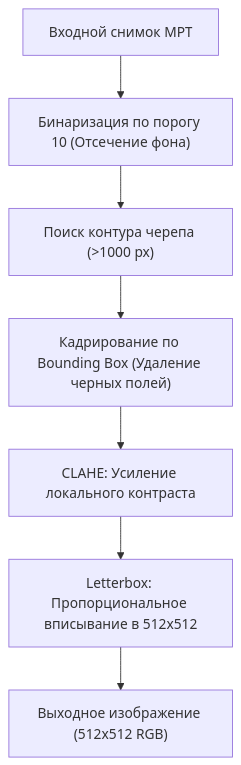
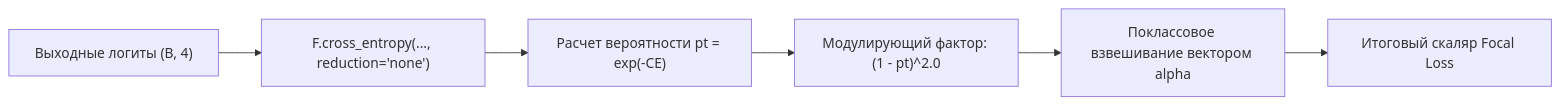
The fifth of 7 diagrams in README.md (marklemesev-spec/mri-brain-tumors), drawn with Mermaid before and after one commit. The commit also changed other lines of this file, not shown here.

````diff
--- a/README.md
+++ b/README.md
@@ -161,9 +233,8 @@
 ```mermaid
-flowchart TD
-    A["Входной снимок МРТ"] --> B["Бинаризация по порогу 10 (Отсечение фона)"]
-    B --> C["Поиск контура черепа (>1000 px)"]
-    C --> D["Кадрирование по Bounding Box (Удаление черных полей)"]
-    D --> E["CLAHE: Усиление локального контраста"]
-    E --> F["Letterbox: Пропорциональное вписывание в 512x512"]
-    F --> G["Выходное изображение (512x512 RGB)"]
+flowchart LR
+    A["Выходные логиты (B, 4)"] --> B["F.cross_entropy(..., reduction='none')"]
+    B --> C["Расчет вероятности pt = exp(-CE)"]
+    C --> D["Модулирующий фактор: (1 - pt)^2.0"]
+    D --> E["Поклассовое взвешивание вектором alpha"]
+    E --> F["Итоговый скаляр Focal Loss"]
 ```
````
